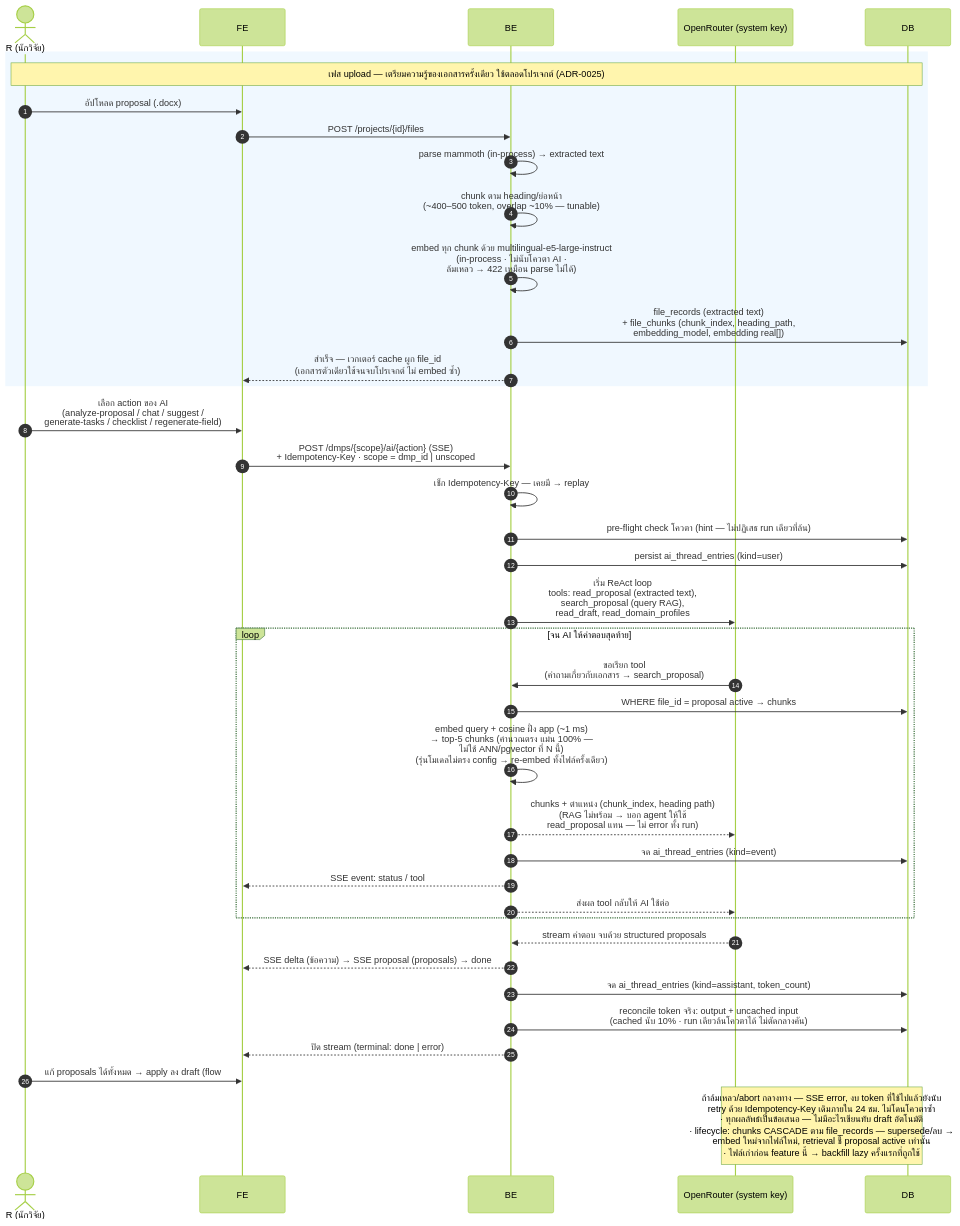
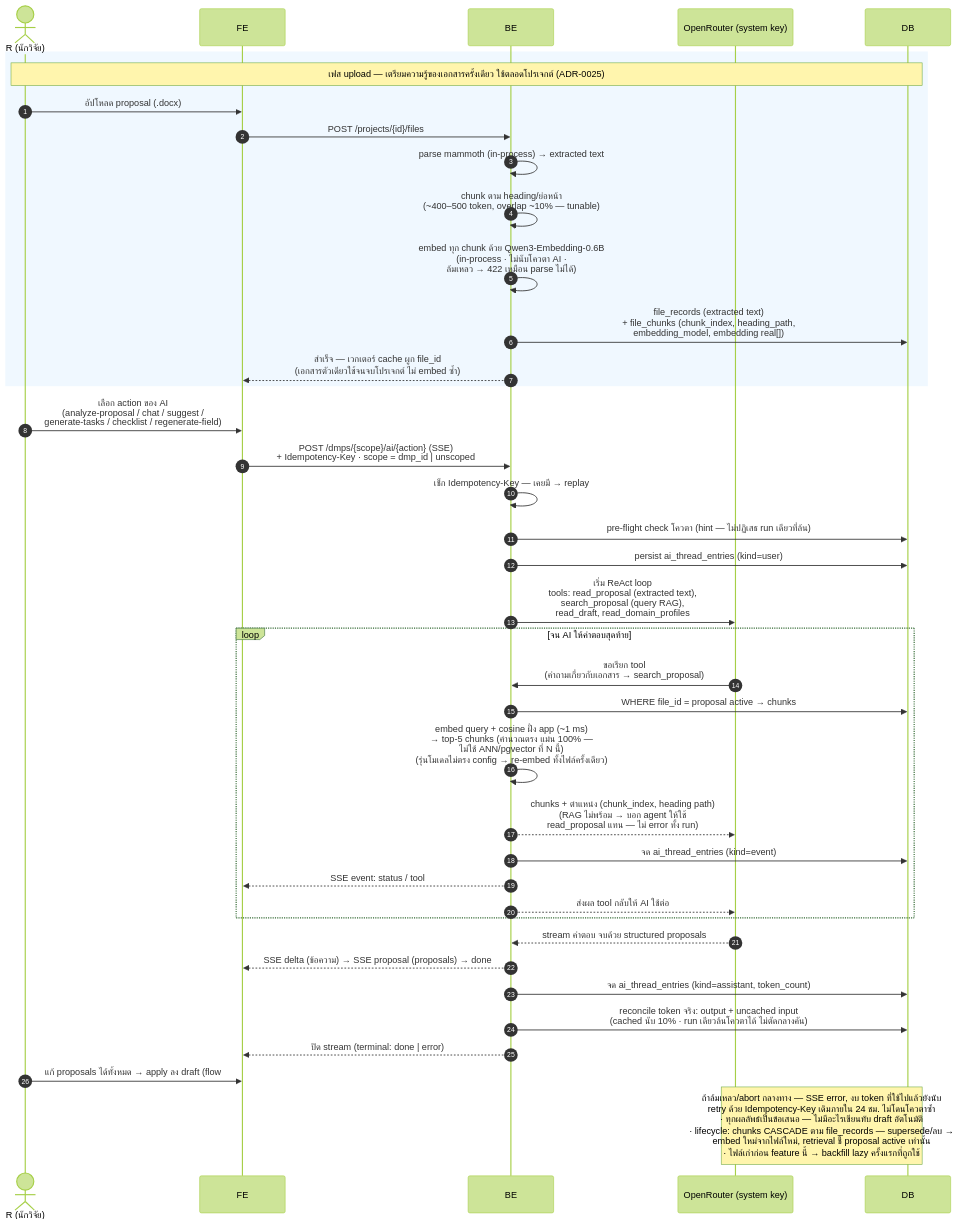
The third of 4 diagrams in docs/architecture/arc42.md (Open-Science-and-Data-management/Backend), drawn with Mermaid (forest theme) before and after one commit. The commit also changed other lines of this file and 9 other files, not shown here.

````diff
--- a/docs/architecture/arc42.md
+++ b/docs/architecture/arc42.md
@@ -477,43 +477,43 @@
 ```mermaid
 sequenceDiagram
     autonumber
     actor R as R (นักวิจัย)
     participant FE as FE
     participant BE as BE
     participant AI as OpenRouter (system key)
     participant DB as DB
 
     rect rgb(240, 248, 255)
     Note over R,DB: เฟส upload — เตรียมความรู้ของเอกสารครั้งเดียว ใช้ตลอดโปรเจกต์ (ADR-0025)
     R->>FE: อัปโหลด proposal (.docx)
     FE->>BE: POST /projects/{id}/files
     BE->>BE: parse mammoth (in-process) → extracted text
     BE->>BE: chunk ตาม heading/ย่อหน้า<br/>(~400–500 token, overlap ~10% — tunable)
-    BE->>BE: embed ทุก chunk ด้วย multilingual-e5-large-instruct<br/>(in-process · ไม่นับโควตา AI ·<br/>ล้มเหลว → 422 เหมือน parse ไม่ได้)
+    BE->>BE: embed ทุก chunk ด้วย Qwen3-Embedding-0.6B<br/>(in-process · ไม่นับโควตา AI ·<br/>ล้มเหลว → 422 เหมือน parse ไม่ได้)
     BE->>DB: file_records (extracted text)<br/>+ file_chunks (chunk_index, heading_path,<br/>embedding_model, embedding real[])
     BE-->>FE: สำเร็จ — เวกเตอร์ cache ผูก file_id<br/>(เอกสารตัวเดียวใช้จนจบโปรเจกต์ ไม่ embed ซ้ำ)
     end
 
     R->>FE: เลือก action ของ AI<br/>(analyze-proposal / chat / suggest /<br/>generate-tasks / checklist / regenerate-field)
     FE->>BE: POST /dmps/{scope}/ai/{action} (SSE)<br/>+ Idempotency-Key · scope = dmp_id | unscoped
     BE->>BE: เช็ก Idempotency-Key — เคยมี → replay
     BE->>DB: pre-flight check โควตา (hint — ไม่ปฏิเสธ run เดียวที่ล้น)
     BE->>DB: persist ai_thread_entries (kind=user)
     BE->>AI: เริ่ม ReAct loop<br/>tools: read_proposal (extracted text),<br/>search_proposal (query RAG),<br/>read_draft, read_domain_profiles
     loop จน AI ให้คำตอบสุดท้าย
         AI->>BE: ขอเรียก tool<br/>(คำถามเกี่ยวกับเอกสาร → search_proposal)
         BE->>DB: WHERE file_id = proposal active → chunks
         BE->>BE: embed query + cosine ฝั่ง app (~1 ms)<br/>→ top-5 chunks (คำนวณตรง แม่น 100% —<br/>ไม่ใช้ ANN/pgvector ที่ N นี้)<br/>(รุ่นโมเดลไม่ตรง config → re-embed ทั้งไฟล์ครั้งเดียว)
         BE-->>AI: chunks + ตำแหน่ง (chunk_index, heading path)<br/>(RAG ไม่พร้อม → บอก agent ให้ใช้<br/>read_proposal แทน — ไม่ error ทั้ง run)
         BE->>DB: จด ai_thread_entries (kind=event)
         BE-->>FE: SSE event: status / tool
         BE-->>AI: ส่งผล tool กลับให้ AI ใช้ต่อ
     end
     AI-->>BE: stream คำตอบ จบด้วย structured proposals
     BE-->>FE: SSE delta (ข้อความ) → SSE proposal (proposals) → done
     BE->>DB: จด ai_thread_entries (kind=assistant, token_count)
     BE->>DB: reconcile token จริง: output + uncached input<br/>(cached นับ 10% · run เดียวล้นโควตาได้ ไม่ตัดกลางคัน)
     BE-->>FE: ปิด stream (terminal: done | error)
     R->>FE: แก้ proposals ได้ทั้งหมด → apply ลง draft (flow #4)
     Note over AI,DB: ถ้าล้มเหลว/abort กลางทาง — SSE error, งบ token ที่ใช้ไปแล้วยังนับ<br/>retry ด้วย Idempotency-Key เดิมภายใน 24 ชม. ไม่โดนโควตาซ้ำ<br/>· ทุกผลลัพธ์เป็นข้อเสนอ — ไม่มีอะไรเขียนทับ draft อัตโนมัติ<br/>· lifecycle: chunks CASCADE ตาม file_records — supersede/ลบ →<br/>embed ใหม่จากไฟล์ใหม่, retrieval ชี้ proposal active เท่านั้น<br/>· ไฟล์เก่าก่อน feature นี้ → backfill lazy ครั้งแรกที่ถูกใช้
 ```
````
